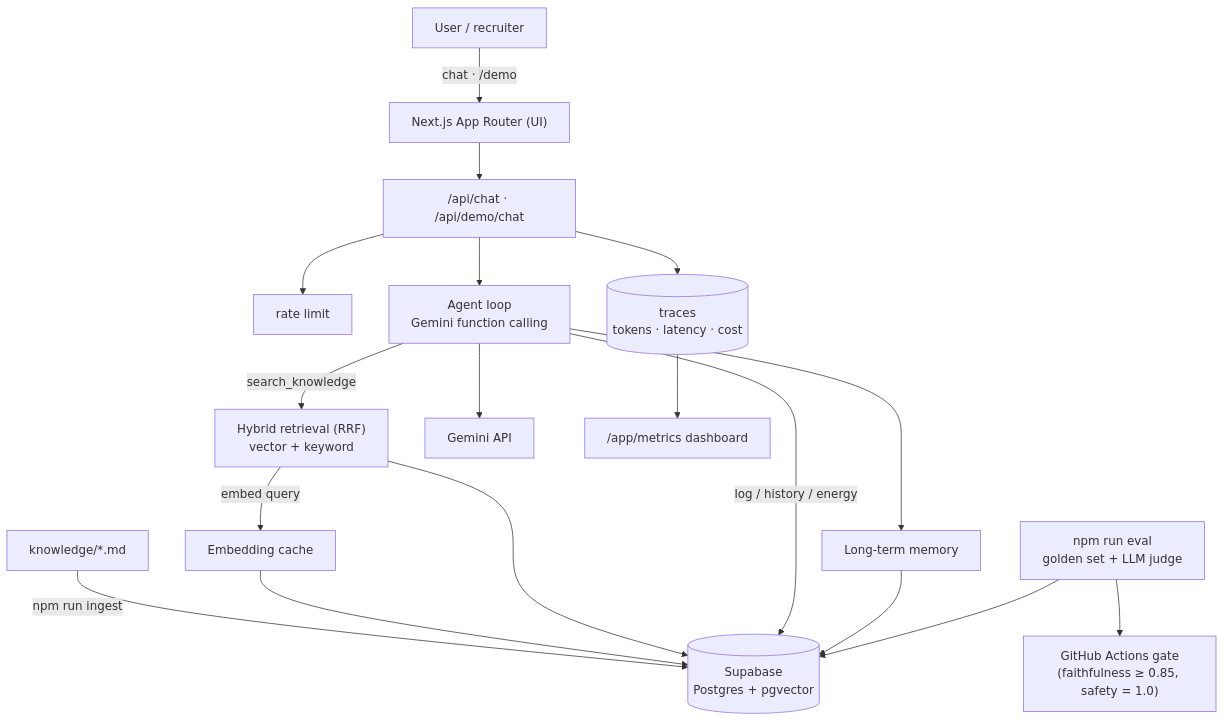
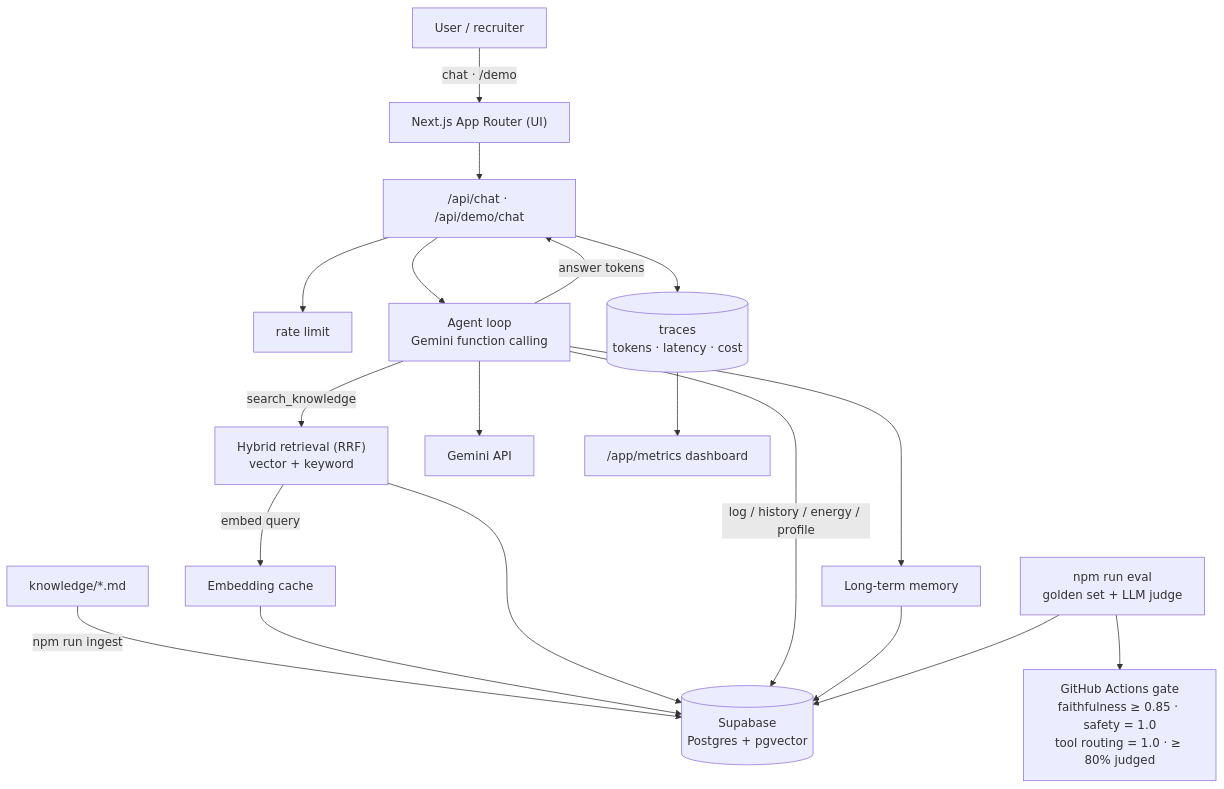
The diagram in README.md (GabrieleBosi/lodestar-coach), drawn with Mermaid before and after one commit. The commit also changed other lines of this file and 1 other file, not shown here.

````diff
--- a/README.md
+++ b/README.md
@@ -46,22 +52,23 @@
 ```mermaid
 flowchart TB
   U["User / recruiter"] -->|"chat · /demo"| APP["Next.js App Router (UI)"]
   KB["knowledge/*.md"] -->|"npm run ingest"| DB[("Supabase<br/>Postgres + pgvector")]
 
   APP --> CHAT["/api/chat · /api/demo/chat"]
   CHAT --> GUARD["rate limit"]
   CHAT --> AGENT["Agent loop<br/>Gemini function calling"]
 
   AGENT -->|search_knowledge| RET["Hybrid retrieval (RRF)<br/>vector + keyword"]
   RET -->|embed query| EC["Embedding cache"] --> DB
   RET --> DB
-  AGENT -->|"log / history / energy"| DB
+  AGENT -->|"log / history / energy / profile"| DB
   AGENT --> MEM["Long-term memory"] --> DB
   AGENT --> GEM["Gemini API"]
+  AGENT -->|"answer tokens"| CHAT
 
   CHAT --> TR[("traces<br/>tokens · latency · cost")]
   TR --> MET["/app/metrics dashboard"]
 
   EVAL["npm run eval<br/>golden set + LLM judge"] --> DB
-  EVAL --> CI["GitHub Actions gate<br/>(faithfulness ≥ 0.85, safety = 1.0)"]
+  EVAL --> CI["GitHub Actions gate<br/>faithfulness ≥ 0.85 · safety = 1.0<br/>tool routing = 1.0 · ≥ 80% judged"]
 ```
````
